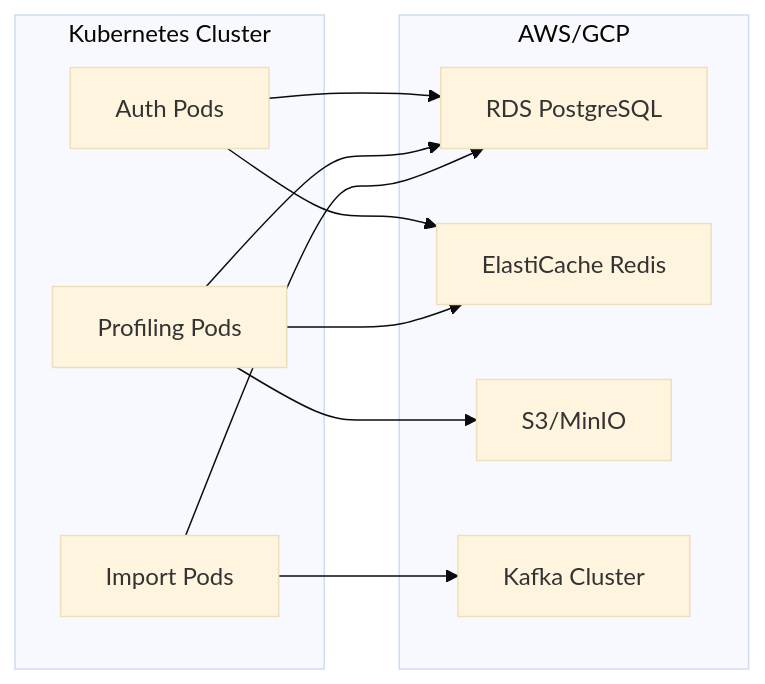
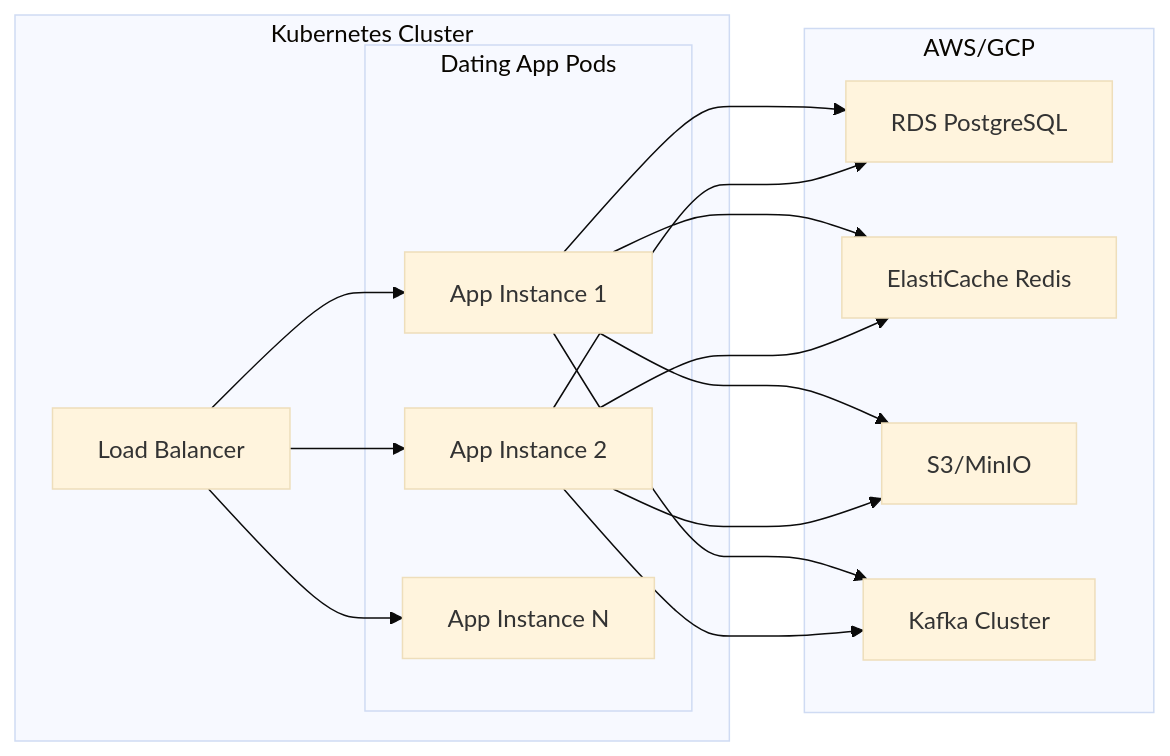
Before and after one commit to kagit00/flairbit: the second of 2 diagrams in Readme.md, drawn with Mermaid (base theme). The commit also changed other lines of this file, not shown here.

````diff
--- a/Readme.md
+++ b/Readme.md
@@ -155,23 +156,30 @@
 ```mermaid
 graph LR
     subgraph "Kubernetes Cluster"
-        A[Auth Pods]
-        B[Profiling Pods]
-        C[Import Pods]
+        A[Load Balancer]
+        subgraph "Dating App Pods"
+            B[App Instance 1]
+            C[App Instance 2]
+            D[App Instance N]
+        end
     end
 
     subgraph "AWS/GCP"
-        D[RDS PostgreSQL]
-        E[ElastiCache Redis]
-        F[S3/MinIO]
-        G[Kafka Cluster]
+        E[RDS PostgreSQL]
+        F[ElastiCache Redis]
+        G[S3/MinIO]
+        H[Kafka Cluster]
     end
 
+    A --> B
+    A --> C
     A --> D
-    B --> D
-    C --> D
-    A --> E
     B --> E
     B --> F
+    B --> G
+    B --> H
+    C --> E
+    C --> F
     C --> G
+    C --> H
 ```
````
